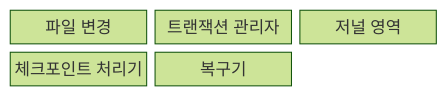
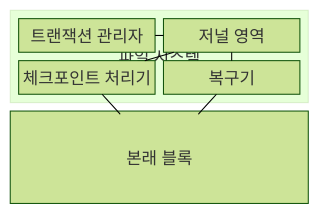
One commit to agnusdei1207/knowledge-base changed the first of 2 diagrams in src/content/docs/notes/03-software/021_file_system_journaling.md. Above: the diagram before and after it, drawn with Mermaid (forest theme). The commit also changed other lines of this file and 20 other files, not shown here.

````diff
--- a/src/content/docs/notes/03-software/021_file_system_journaling.md
+++ b/src/content/docs/notes/03-software/021_file_system_journaling.md
@@ -64,9 +65,17 @@
 ```mermaid
-block-beta
-  columns 3
-  C["파일 변경"]
-  T["트랜잭션 관리자"]
-  J["저널 영역"]
-  K["체크포인트 처리기"]
-  R["복구기"]
+block
+    columns 1
+    block:FS["파일 시스템"]
+        columns 2
+        T["트랜잭션 관리자"]
+        J["저널 영역"]
+        K["체크포인트 처리기"]
+        R["복구기"]
+    end
+    H["본래 블록"]
+    T --- J
+    J --- K
+    J --- R
+    K --- H
+    R --- H
 ```
````
